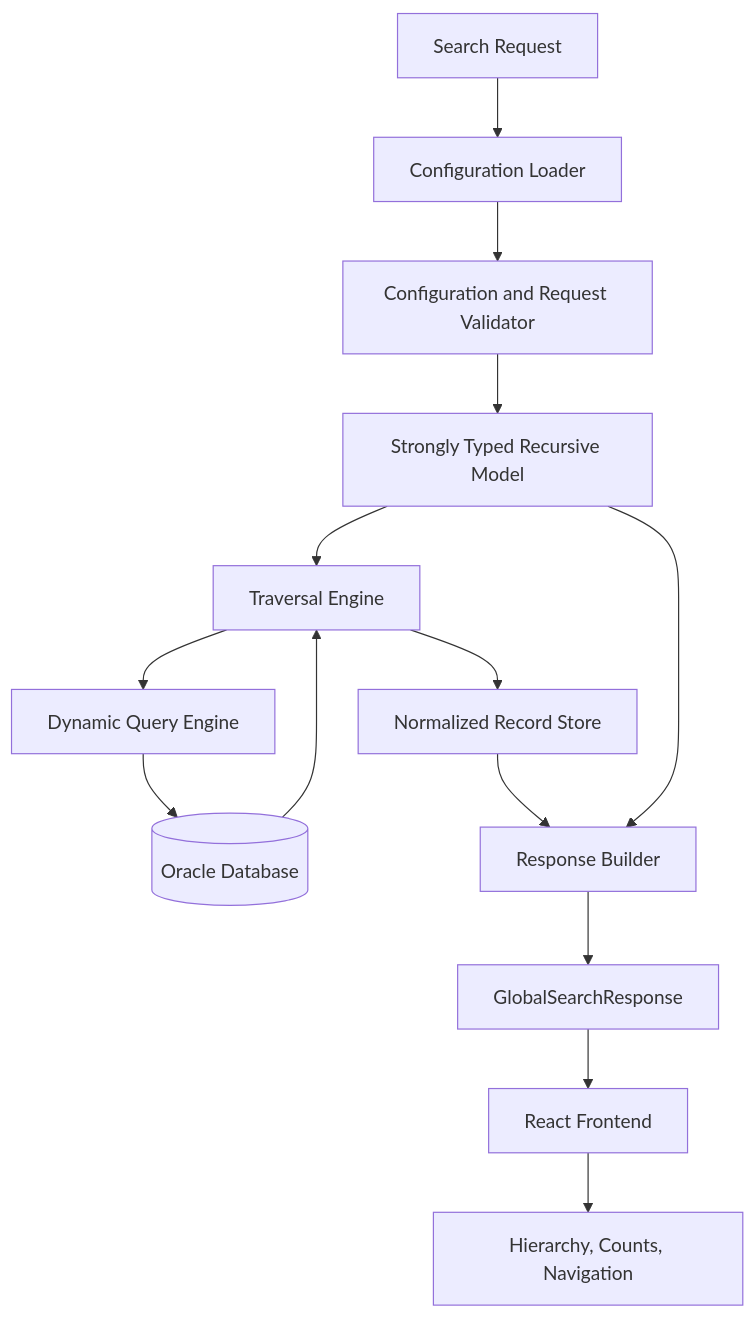
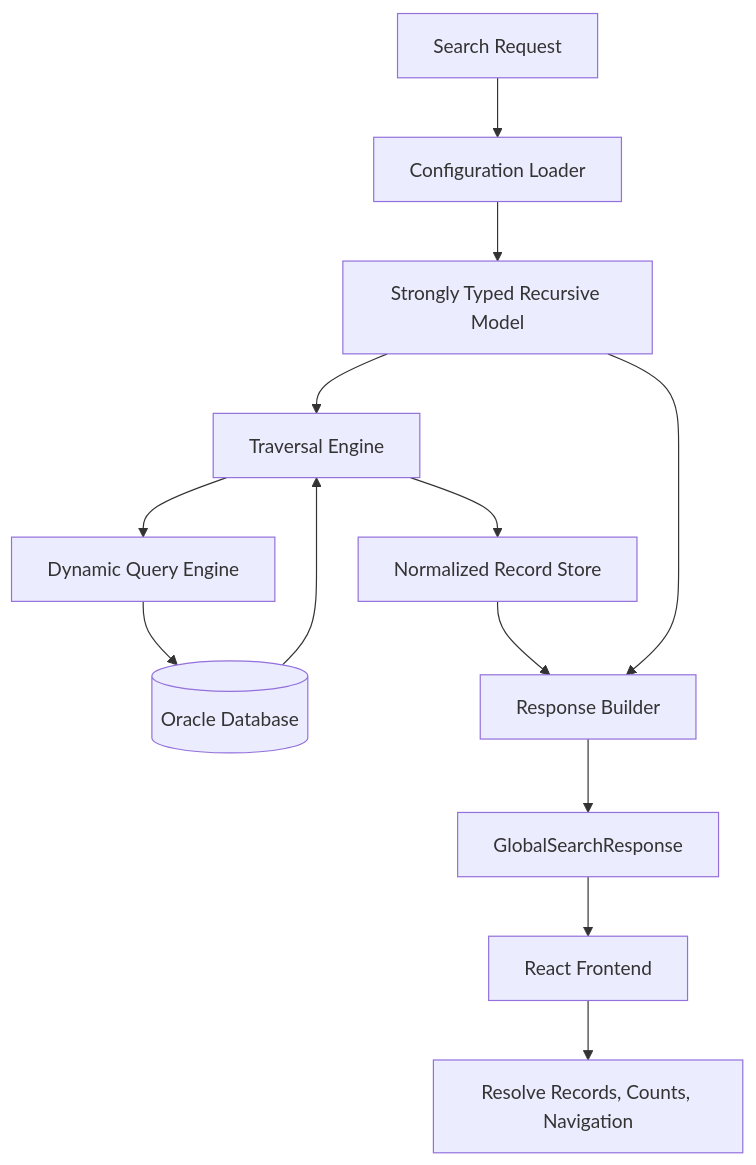
One commit to RishabhMishra19/Software-Engineering changed the diagram in 05-Case-Studies/Global-Search/README.md. Above: the diagram before and after it, drawn with Mermaid. The commit also changed other lines of this file, not shown here.

````diff
--- a/05-Case-Studies/Global-Search/README.md
+++ b/05-Case-Studies/Global-Search/README.md
@@ -35,16 +97,15 @@
 ```mermaid
 flowchart TD
     Request[Search Request] --> Loader[Configuration Loader]
-    Loader --> Validator[Configuration and Request Validator]
-    Validator --> Model[Strongly Typed Recursive Model]
+    Loader --> Model[Strongly Typed Recursive Model]
     Model --> Traversal[Traversal Engine]
     Traversal --> Query[Dynamic Query Engine]
     Query --> DB[(Oracle Database)]
     DB --> Traversal
     Traversal --> Store[Normalized Record Store]
     Store --> Builder[Response Builder]
     Model --> Builder
     Builder --> Response[GlobalSearchResponse]
     Response --> UI[React Frontend]
-    UI --> Tree[Hierarchy, Counts, Navigation]
+    UI --> Tree[Resolve Records, Counts, Navigation]
 ```
````
